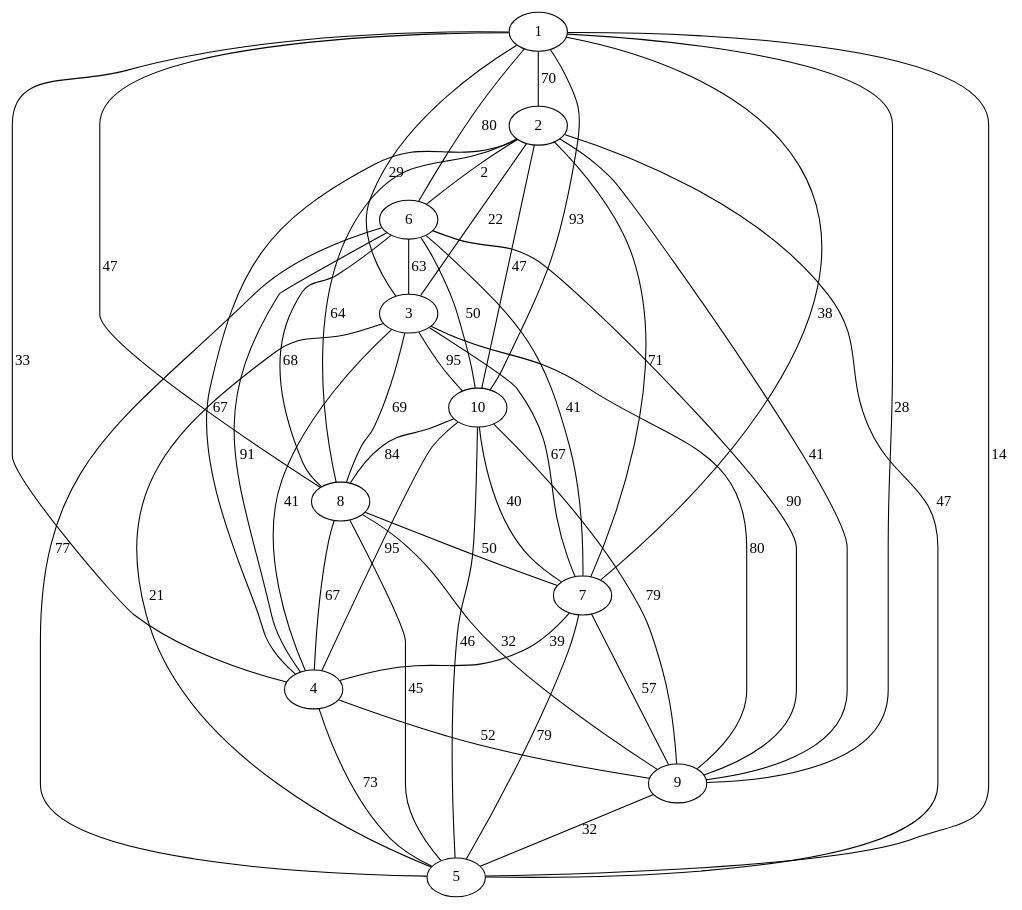
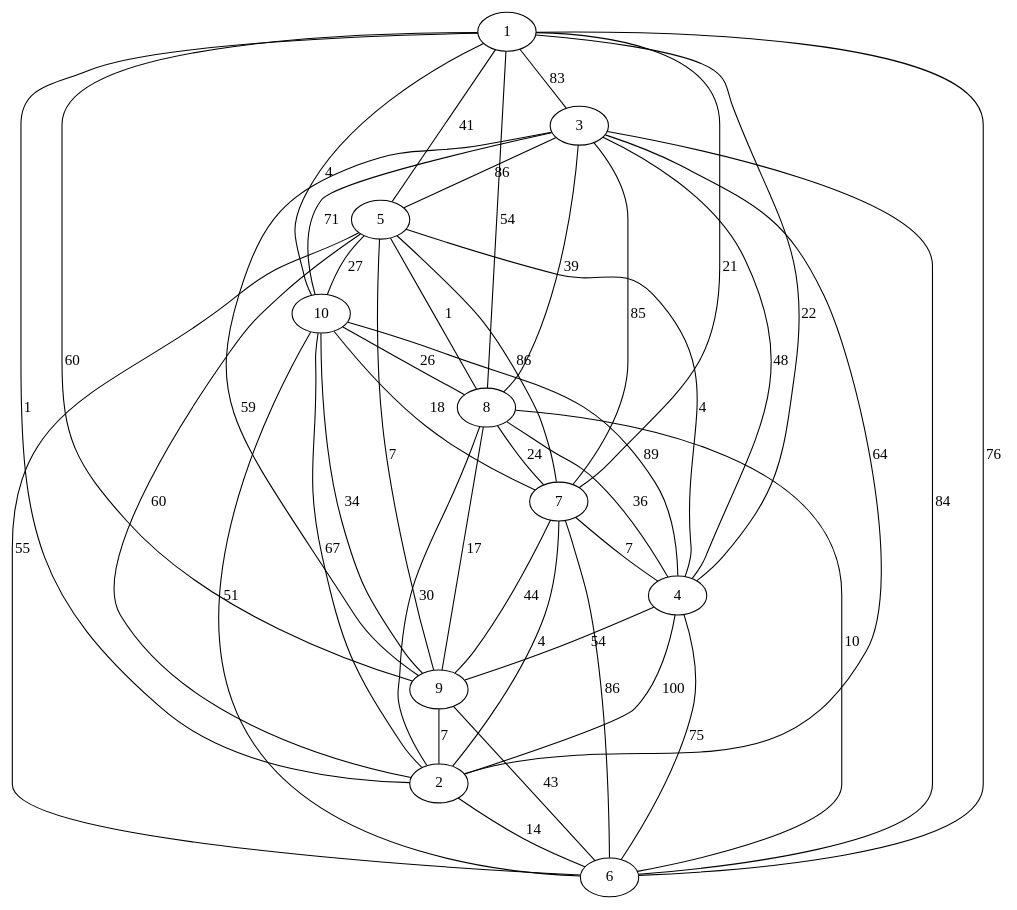
One commit to ElvisTech007/proyectos_DAA changed the diagram in proyecto_1/archivos_graphviz/AAPRUEBAMST.dot. Above: the diagram before and after it, drawn with Graphviz. The commit also changed 3 other files, not shown here.

```diff
--- a/proyecto_1/archivos_graphviz/AAPRUEBAMST.dot
+++ b/proyecto_1/archivos_graphviz/AAPRUEBAMST.dot
@@ -1,57 +1,57 @@
 graph G_1 {
     1;
     2;
     3;
     4;
     5;
     6;
     7;
     8;
     9;
     10;
-    4 -- 6 [label="91"];
-    1 -- 2 [label="70"];
-    4 -- 2 [label="67"];
-    6 -- 9 [label="90"];
-    5 -- 2 [label="47"];
-    2 -- 6 [label="2"];
-    3 -- 5 [label="21"];
-    8 -- 1 [label="47"];
-    1 -- 6 [label="80"];
-    6 -- 3 [label="63"];
-    2 -- 10 [label="47"];
-    10 -- 9 [label="79"];
-    4 -- 10 [label="95"];
-    3 -- 2 [label="22"];
-    4 -- 3 [label="41"];
-    8 -- 4 [label="67"];
-    4 -- 5 [label="73"];
-    8 -- 9 [label="32"];
-    8 -- 6 [label="68"];
-    7 -- 5 [label="79"];
-    7 -- 4 [label="39"];
-    10 -- 1 [label="93"];
-    10 -- 8 [label="84"];
-    2 -- 8 [label="64"];
-    7 -- 3 [label="67"];
-    10 -- 6 [label="50"];
-    1 -- 5 [label="14"];
-    3 -- 8 [label="69"];
-    8 -- 7 [label="50"];
-    7 -- 9 [label="57"];
-    4 -- 9 [label="52"];
-    3 -- 10 [label="95"];
-    10 -- 5 [label="46"];
-    7 -- 10 [label="40"];
-    9 -- 1 [label="28"];
-    3 -- 1 [label="29"];
-    3 -- 9 [label="80"];
-    1 -- 7 [label="38"];
-    7 -- 2 [label="71"];
-    9 -- 5 [label="32"];
-    5 -- 6 [label="77"];
-    6 -- 7 [label="41"];
-    4 -- 1 [label="33"];
-    8 -- 5 [label="45"];
-    9 -- 2 [label="41"];
+    10 -- 7 [label="18"];
+    4 -- 10 [label="89"];
+    8 -- 7 [label="24"];
+    3 -- 6 [label="84"];
+    3 -- 7 [label="85"];
+    5 -- 6 [label="55"];
+    1 -- 10 [label="4"];
+    1 -- 4 [label="22"];
+    5 -- 7 [label="86"];
+    9 -- 2 [label="7"];
+    10 -- 8 [label="26"];
+    7 -- 4 [label="7"];
+    2 -- 6 [label="14"];
+    9 -- 10 [label="34"];
+    8 -- 2 [label="30"];
+    1 -- 7 [label="21"];
+    2 -- 1 [label="1"];
+    8 -- 6 [label="10"];
+    3 -- 8 [label="39"];
+    5 -- 8 [label="1"];
+    10 -- 3 [label="71"];
+    2 -- 10 [label="67"];
+    4 -- 6 [label="75"];
+    7 -- 9 [label="44"];
+    4 -- 5 [label="4"];
+    6 -- 1 [label="76"];
+    2 -- 3 [label="64"];
+    4 -- 2 [label="100"];
+    1 -- 9 [label="60"];
+    7 -- 6 [label="86"];
+    9 -- 6 [label="43"];
+    7 -- 2 [label="4"];
+    1 -- 3 [label="83"];
+    3 -- 5 [label="86"];
+    9 -- 5 [label="7"];
+    9 -- 8 [label="17"];
+    8 -- 4 [label="36"];
+    9 -- 3 [label="59"];
+    6 -- 10 [label="51"];
+    4 -- 3 [label="48"];
+    5 -- 1 [label="41"];
+    5 -- 10 [label="27"];
+    4 -- 9 [label="54"];
+    2 -- 5 [label="60"];
+    8 -- 1 [label="54"];
 }
```
